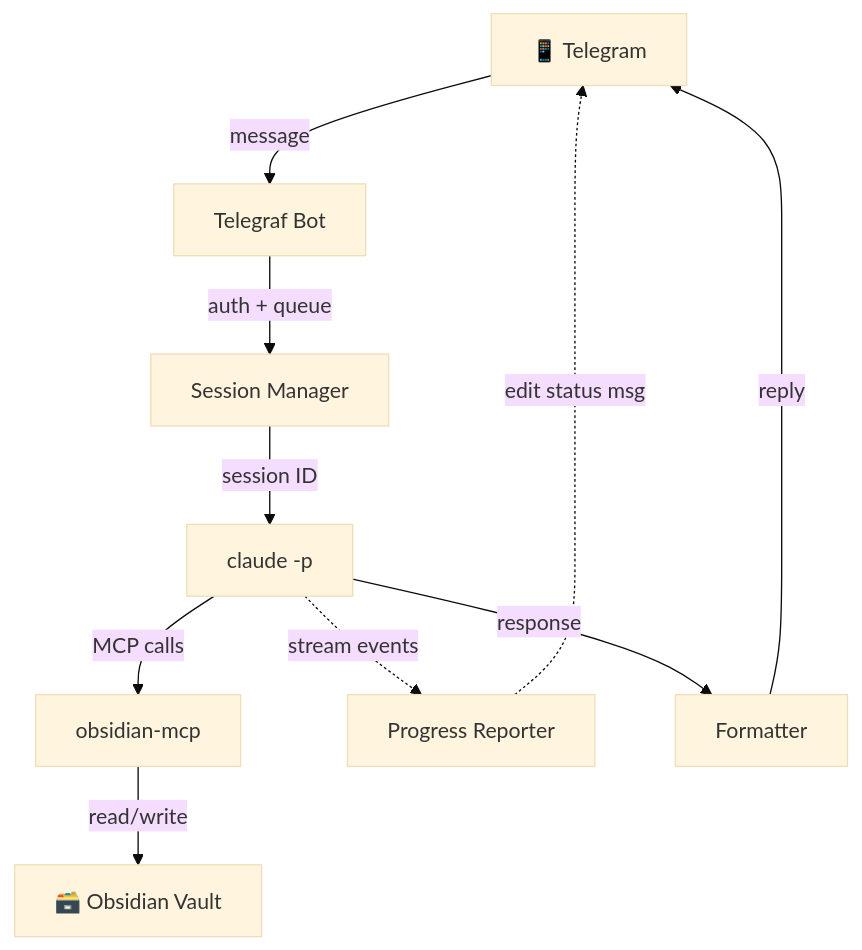
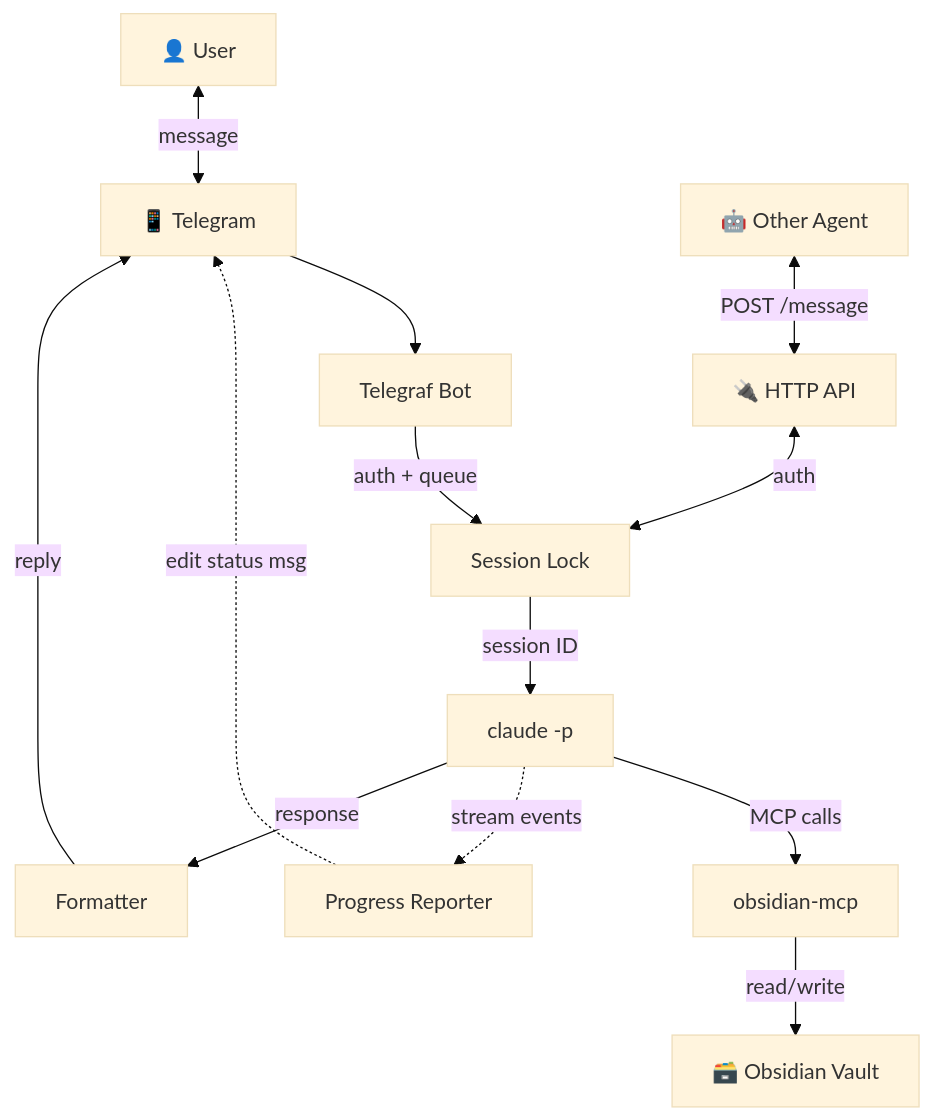
Before and after one commit to sdpoueme/vertex-nova: the first of 5 diagrams in README.md, drawn with Mermaid (base theme). The commit also changed other lines of this file and 5 other files, not shown here.

First line of the commit message:
Add HTTP API for agent-to-agent messaging and fix architecture diagram

````diff
--- a/README.md
+++ b/README.md
@@ -24,12 +24,15 @@
 ```mermaid
 flowchart TB
-  A["📱 Telegram"] -->|message| B[Telegraf Bot]
-  B -->|auth + queue| C[Session Manager]
+  U["👤 User"] <-->|message| A["📱 Telegram"]
+  X["🤖 Other Agent"] <-->|"POST /message"| I["🔌 HTTP API"]
+  A --> B[Telegraf Bot]
+  B -->|auth + queue| C[Session Lock]
+  I <-->|auth| C
   C -->|"session ID"| D["claude -p"]
   D -->|MCP calls| E[obsidian-mcp]
   E -->|read/write| F["🗃️ Obsidian Vault"]
   D -.->|stream events| G[Progress Reporter]
   G -.->|edit status msg| A
   D -->|response| H[Formatter]
   H -->|reply| A
 ```
````
